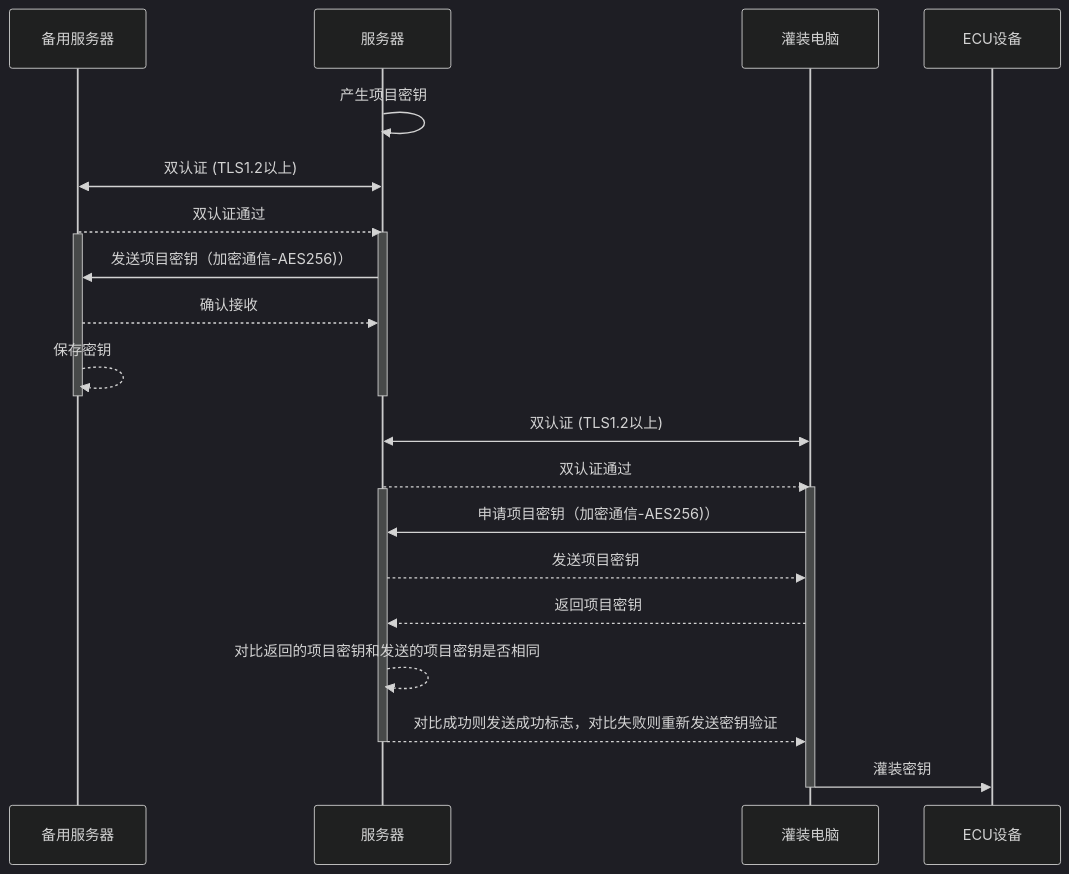
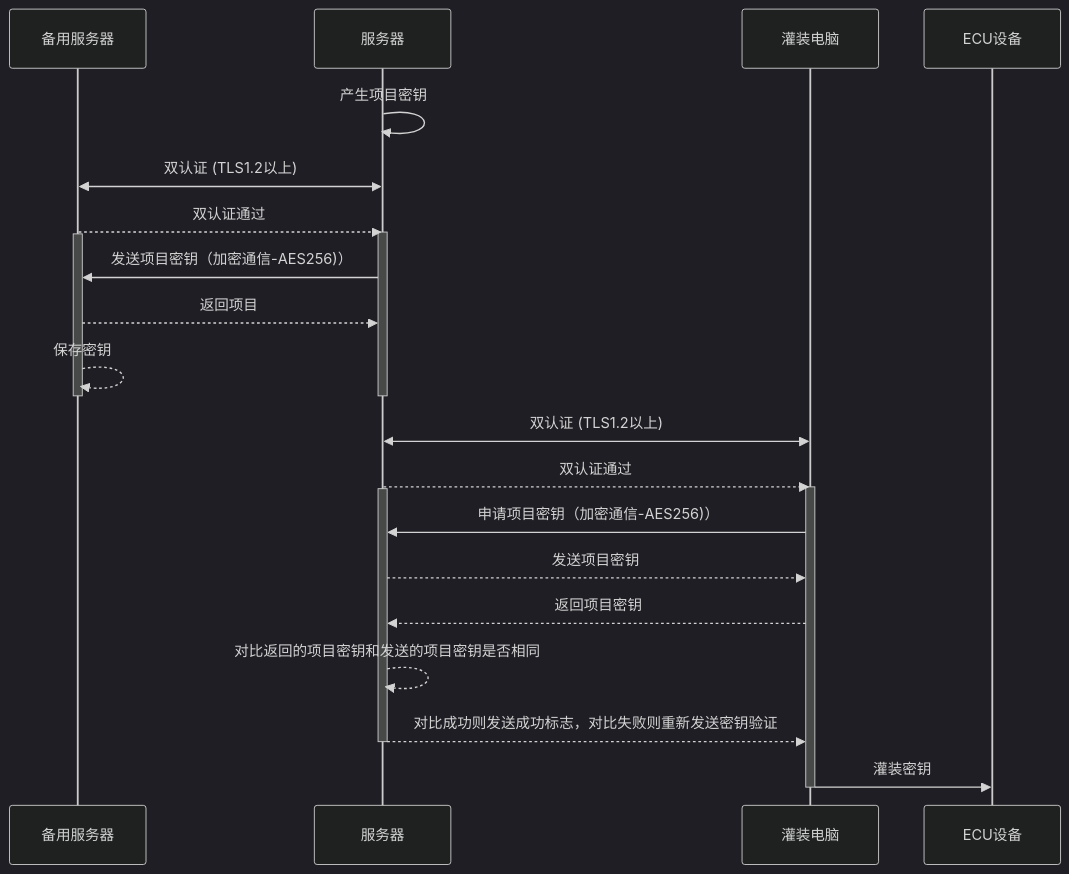
One commit to facebook-cloud/iodraw-files changed the diagram in all/未命名-10.md. Above: the diagram before and after it, drawn with Mermaid (dark theme).

Commit message:
2026-01-15 11:26:49 update

````diff
--- a/all/未命名-10.md
+++ b/all/未命名-10.md
@@ -1,32 +1,32 @@
 ```mermaid
 sequenceDiagram
     participant B as 备用服务器
     participant A as 服务器
     participant C as 灌装电脑
     participant D as ECU设备
 
     A->>A: 产生项目密钥
     A<<->>B: 双认证 (TLS1.2以上)
     B-->>A: 双认证通过
     activate A
     activate B
     A->>B: 发送项目密钥（加密通信-AES256)）
-    B-->>A: 确认接收
+    B-->>A: 返回项目
     B-->>B: 保存密钥
     deactivate B
     deactivate A
 
     C<<->>A: 双认证 (TLS1.2以上)
     A-->>C: 双认证通过
     activate C
     activate A
     C->>A: 申请项目密钥（加密通信-AES256)）
     A-->>C: 发送项目密钥
     C-->>A: 返回项目密钥
     A-->>A: 对比返回的项目密钥和发送的项目密钥是否相同
     A-->>C: 对比成功则发送成功标志，对比失败则重新发送密钥验证
     deactivate A
     C->>D: 灌装密钥
     deactivate C
 
 ```
````
